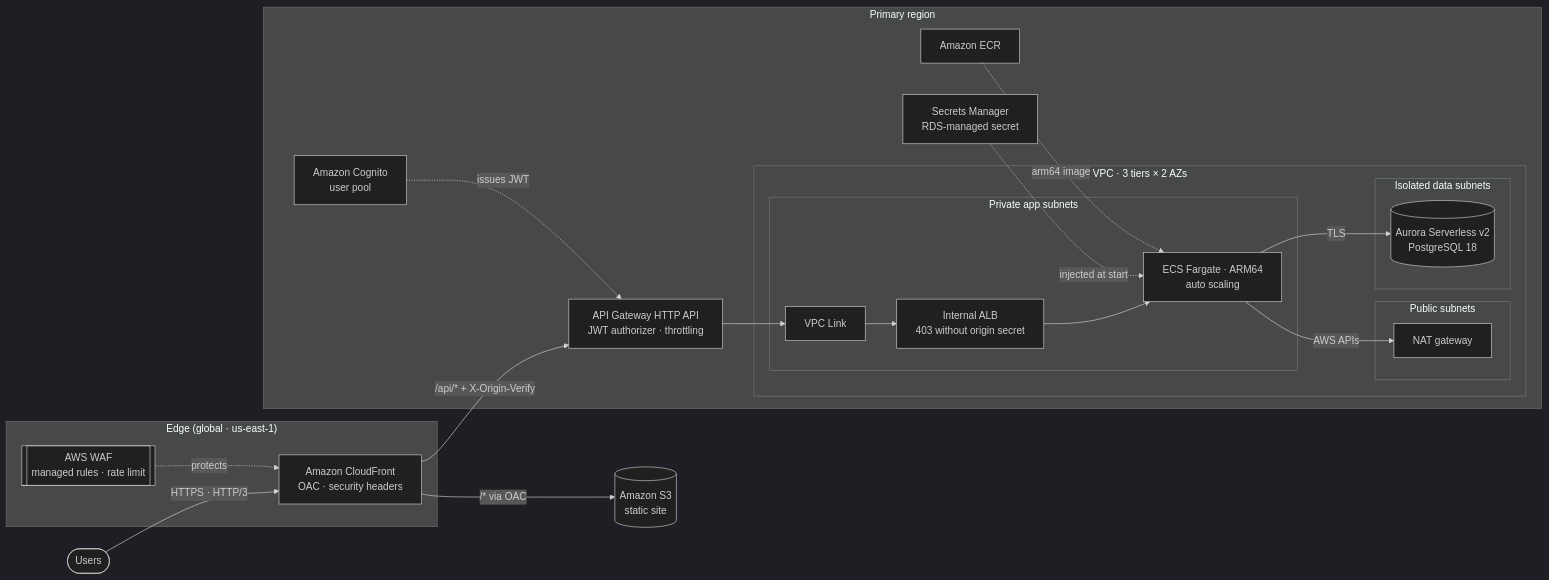
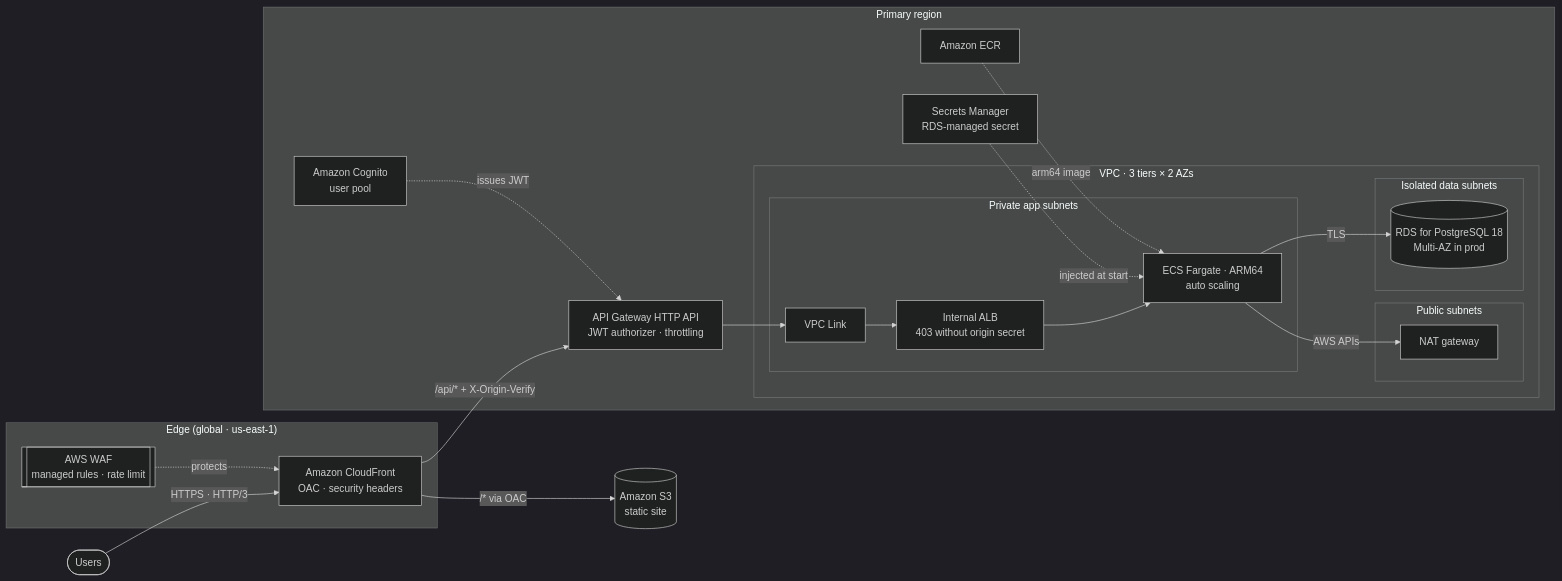
The first of 3 diagrams in README.md (vfernandezg-dev/aws-reservations-platform), drawn with Mermaid (dark theme) before and after one commit. The commit also changed other lines of this file and 48 other files, not shown here.

First line of the commit message:
feat(db): RDS for PostgreSQL 18 on Graviton; fix ALB desync mode

````diff
--- a/README.md
+++ b/README.md
@@ -46,38 +46,38 @@
 ```mermaid
 flowchart LR
   user([Users]) -->|HTTPS · HTTP/3| cf
 
   subgraph edge["Edge (global · us-east-1)"]
     waf[[AWS WAF<br/>managed rules · rate limit]]
     cf[Amazon CloudFront<br/>OAC · security headers]
     waf -. protects .-> cf
   end
 
   cf -->|"/* via OAC"| s3[(Amazon S3<br/>static site)]
   cf -->|"/api/* + X-Origin-Verify"| apigw
 
   subgraph region["Primary region"]
     cognito[Amazon Cognito<br/>user pool]
     apigw[API Gateway HTTP API<br/>JWT authorizer · throttling]
     cognito -. issues JWT .-> apigw
 
     subgraph vpc["VPC · 3 tiers × 2 AZs"]
       subgraph pub["Public subnets"]
         nat[NAT gateway]
       end
       subgraph app["Private app subnets"]
         link[VPC Link]
         alb[Internal ALB<br/>403 without origin secret]
         ecs[ECS Fargate · ARM64<br/>auto scaling]
       end
       subgraph data["Isolated data subnets"]
-        aurora[(Aurora Serverless v2<br/>PostgreSQL 18)]
+        db[(RDS for PostgreSQL 18<br/>Multi-AZ in prod)]
       end
     end
 
-    apigw --> link --> alb --> ecs -->|TLS| aurora
+    apigw --> link --> alb --> ecs -->|TLS| db
     ecs -->|AWS APIs| nat
     sm[Secrets Manager<br/>RDS-managed secret] -. injected at start .-> ecs
     ecr[Amazon ECR] -. arm64 image .-> ecs
   end
 ```
````
